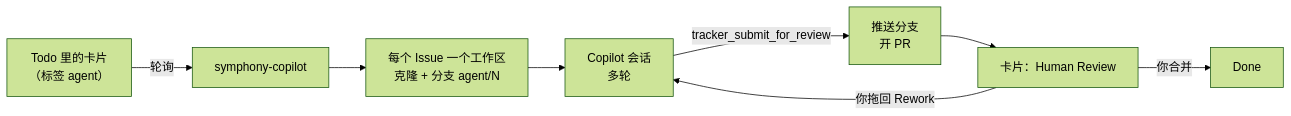
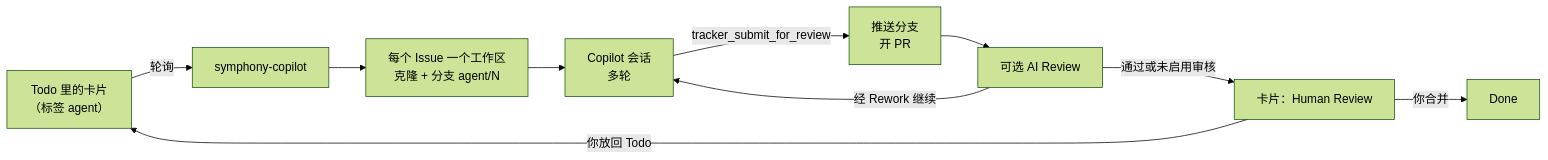
The diagram in README.zh-CN.md (a7744hsc/symphony-copilot), drawn with Mermaid (forest theme) before and after one commit. The commit also changed other lines of this file and 40 other files, not shown here.

````diff
--- a/README.zh-CN.md
+++ b/README.zh-CN.md
@@ -27,10 +27,12 @@
 ```mermaid
 flowchart LR
   A["Todo 里的卡片<br/>（标签 agent）"] -->|轮询| B[symphony-copilot]
   B --> C["每个 Issue 一个工作区<br/>克隆 + 分支 agent/N"]
   C --> D["Copilot 会话<br/>多轮"]
   D -->|tracker_submit_for_review| E["推送分支<br/>开 PR"]
-  E --> F[卡片：Human Review]
+  E --> R[可选 AI Review]
+  R -->|通过或未启用审核| F[卡片：Human Review]
+  R -->|经 Rework 继续| D
   F -->|你合并| G[Done]
-  F -->|你拖回 Rework| D
+  F -->|你放回 Todo| A
 ```
````
